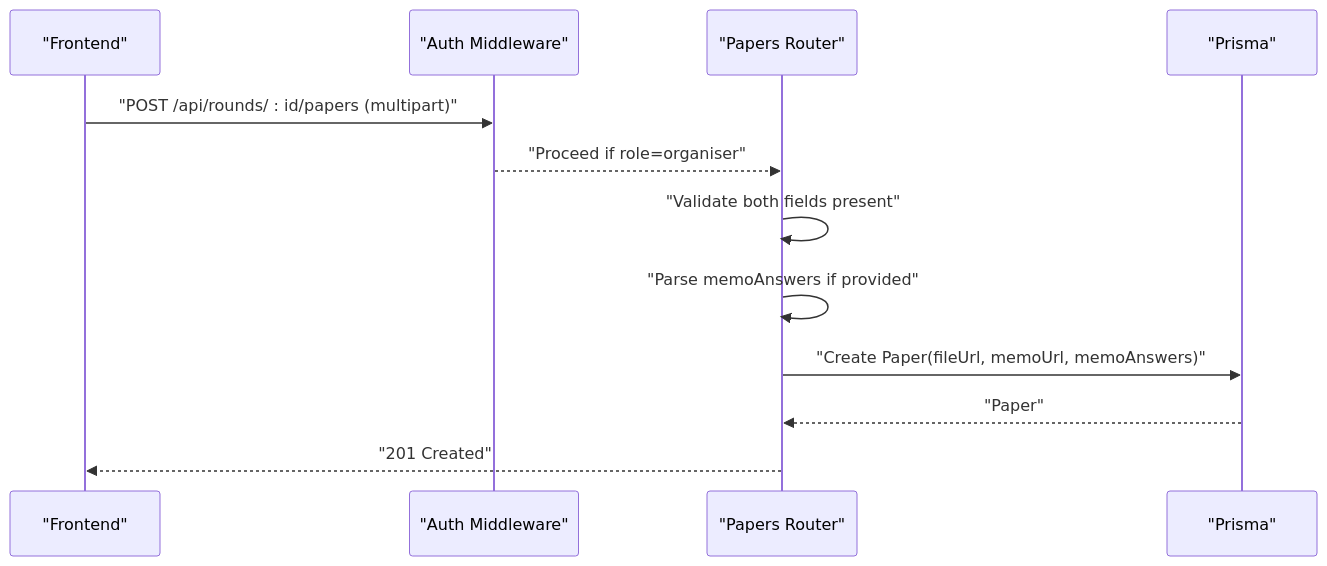
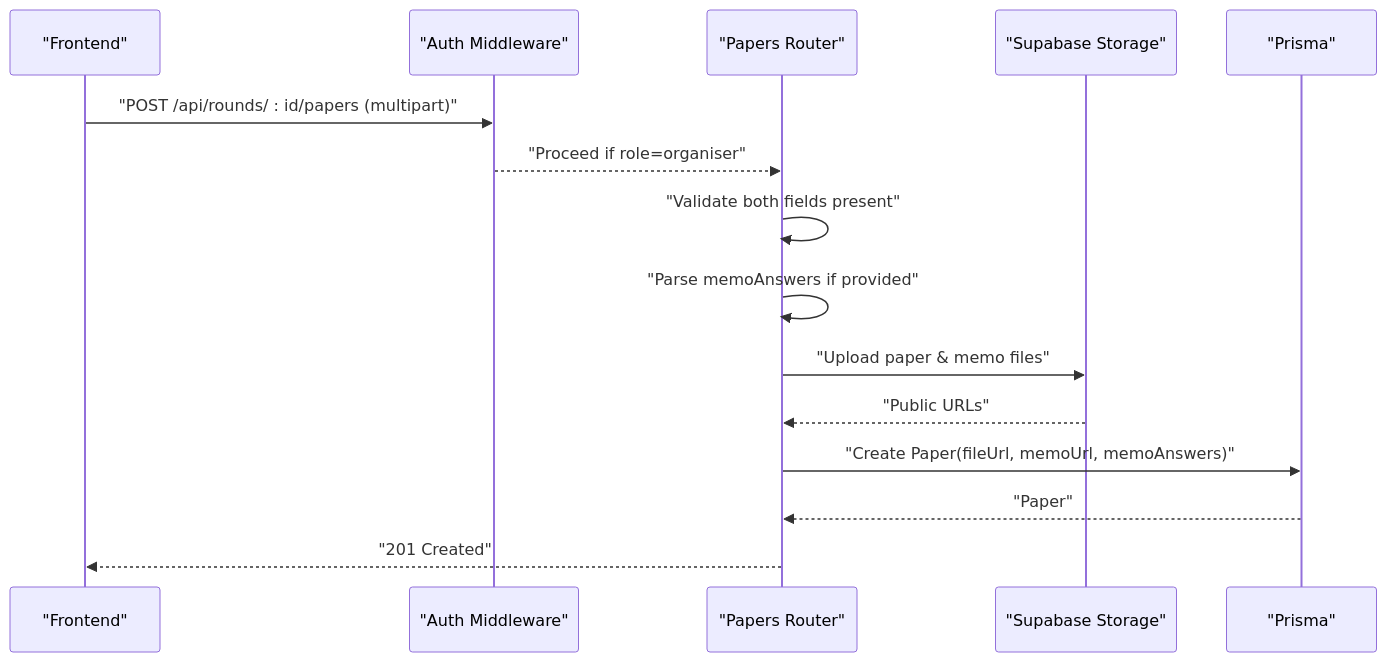
The fourth of 8 diagrams in .qoder/repowiki/en/content/Paper Distribution System/File Upload and Download.md (ZandileMkontwana/olympiad-portal), drawn with Mermaid before and after one commit. The commit also changed other lines of this file and 16 other files, not shown here.

Commit message:
fix: test(backend): update tests for Clerk auth and Supabase storage

````diff
--- a/.qoder/repowiki/en/content/Paper Distribution System/File Upload and Download.md
+++ b/.qoder/repowiki/en/content/Paper Distribution System/File Upload and Download.md
@@ -133,14 +144,17 @@
 ```mermaid
 sequenceDiagram
 participant FE as "Frontend"
 participant MW as "Auth Middleware"
 participant RT as "Papers Router"
+participant SB as "Supabase Storage"
 participant DB as "Prisma"
 FE->>MW : "POST /api/rounds/ : id/papers (multipart)"
 MW-->>RT : "Proceed if role=organiser"
 RT->>RT : "Validate both fields present"
 RT->>RT : "Parse memoAnswers if provided"
+RT->>SB : "Upload paper & memo files"
+SB-->>RT : "Public URLs"
 RT->>DB : "Create Paper(fileUrl, memoUrl, memoAnswers)"
 DB-->>RT : "Paper"
 RT-->>FE : "201 Created"
 ```
````
